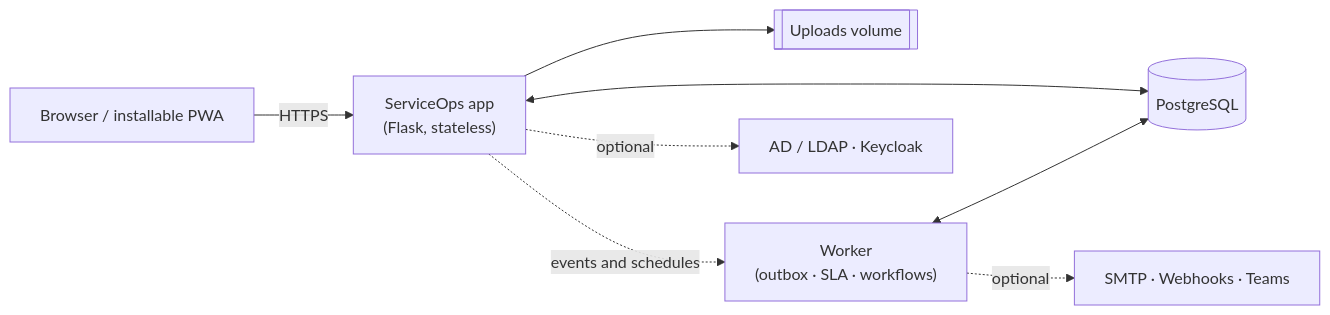
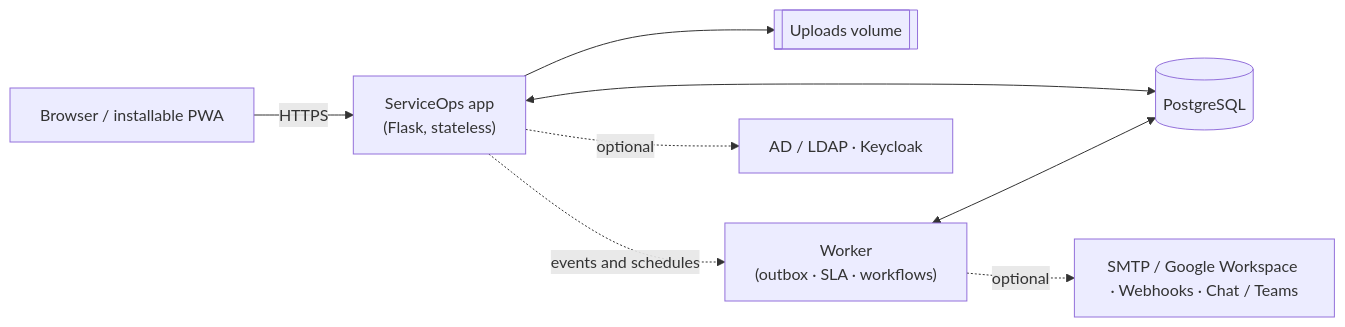
The diagram in README.md (awijesundara/ServiceOps), drawn with Mermaid before and after one commit. The commit also changed other lines of this file and 17 other files, not shown here.

````diff
--- a/README.md
+++ b/README.md
@@ -385,10 +385,10 @@
 ```mermaid
 flowchart LR
     U["Browser / installable PWA"] -- HTTPS --> A["ServiceOps app<br/>(Flask, stateless)"]
     A <--> D[("PostgreSQL")]
     A --> S[["Uploads volume"]]
     A -. events and schedules .-> W["Worker<br/>(outbox · SLA · workflows)"]
     W <--> D
     A -. optional .-> ID["AD / LDAP · Keycloak"]
-    W -. optional .-> N["SMTP · Webhooks · Teams"]
+    W -. optional .-> N["SMTP / Google Workspace · Webhooks · Chat / Teams"]
 ```
````
